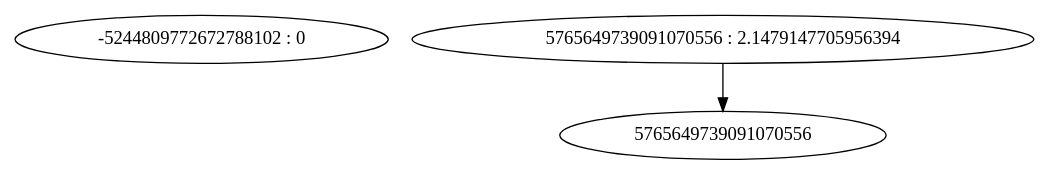
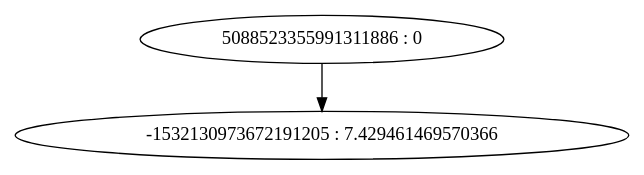
One commit to aka2910/P2P-currency-simulator changed the diagram in plots/tree_12.dot.gv. Above: the diagram before and after it, drawn with Graphviz. The commit also changed 101 other files, not shown here.

```diff
--- a/plots/tree_12.dot.gv
+++ b/plots/tree_12.dot.gv
@@ -1,5 +1,5 @@
 digraph "plots/tree_12.dot" {
-	0 [label="-5244809772672788102 : 0"]
-	1 [label="5765649739091070556 : 2.1479147705956394"]
-	1 -> 5765649739091070556
+	0 [label="5088523355991311886 : 0"]
+	1 [label="-1532130973672191205 : 7.429461469570366"]
+	0 -> 1
 }
```
